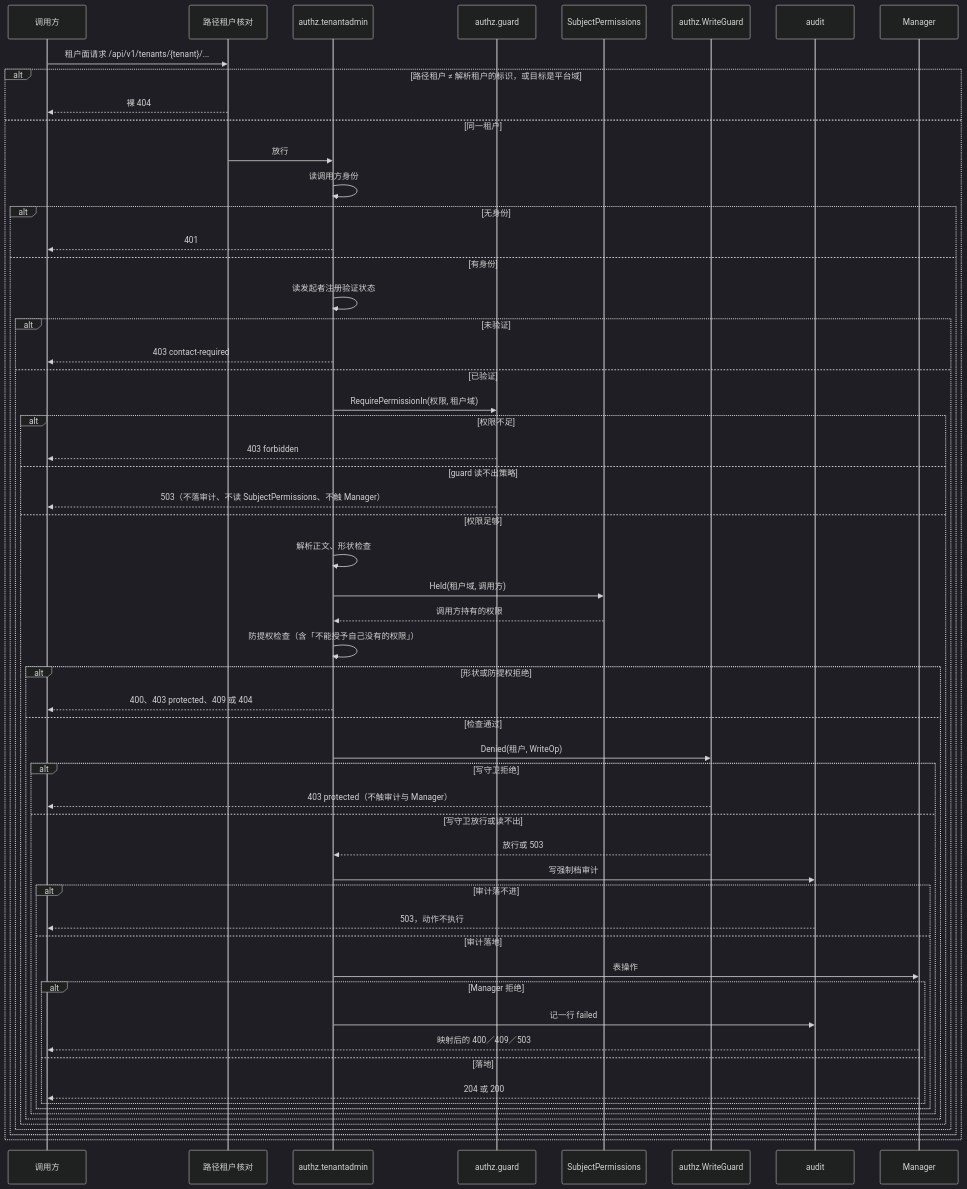
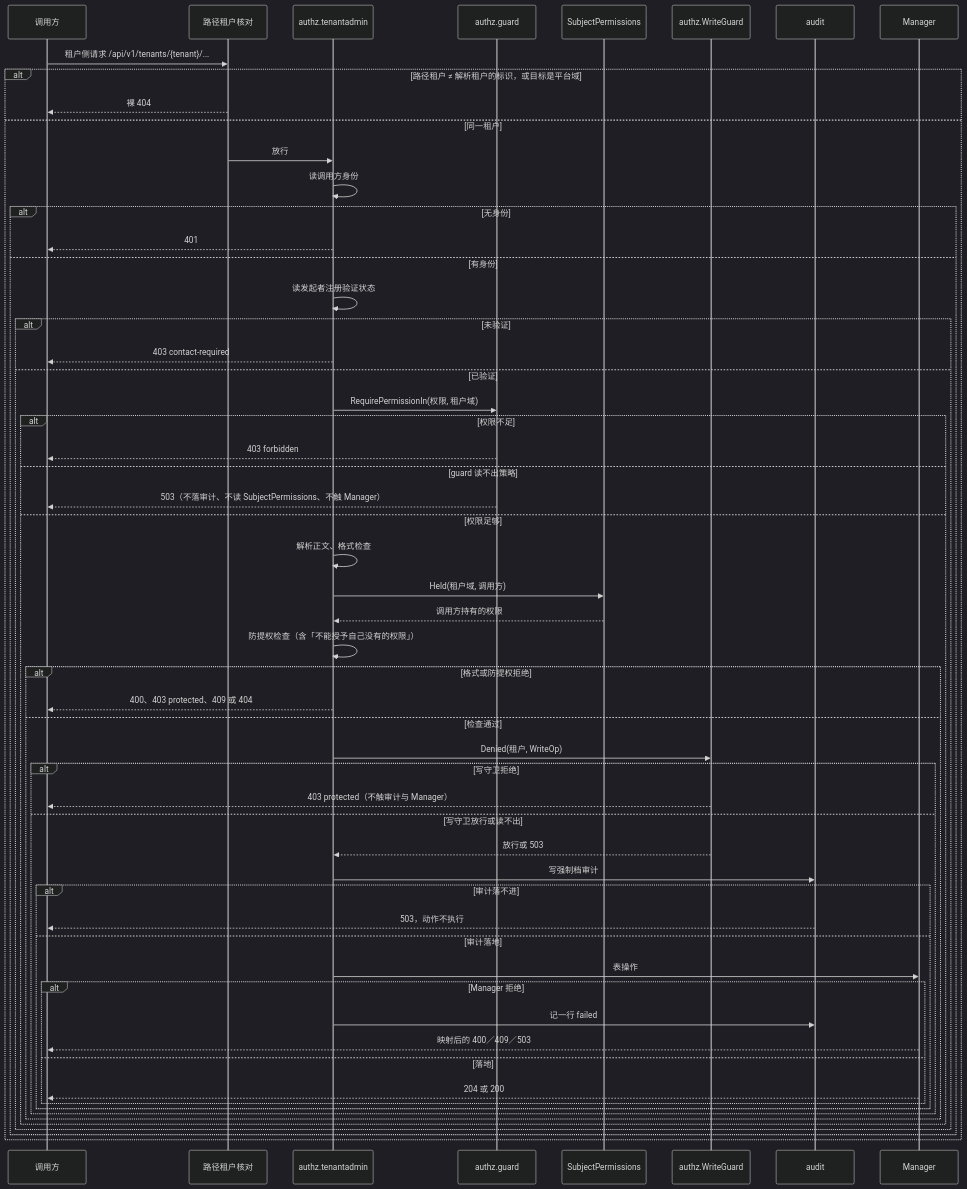
One commit to wangzw/speed changed the fourth of 4 diagrams in docs/design/modules/design-authz.md. Above: the diagram before and after it, drawn with Mermaid (dark theme). The commit also changed other lines of this file and 328 other files, not shown here.

````diff
--- a/docs/design/modules/design-authz.md
+++ b/docs/design/modules/design-authz.md
@@ -740,61 +740,61 @@
 ```mermaid
 sequenceDiagram
     participant C as 调用方
     participant M as 路径租户核对
     participant H as authz.tenantadmin
     participant G as authz.guard
     participant S as SubjectPermissions
     participant W as authz.WriteGuard
     participant A as audit
     participant P as Manager
 
-    C->>M: 租户面请求 /api/v1/tenants/{tenant}/...
+    C->>M: 租户侧请求 /api/v1/tenants/{tenant}/...
     alt 路径租户 ≠ 解析租户的标识，或目标是平台域
         M-->>C: 裸 404
     else 同一租户
         M->>H: 放行
         H->>H: 读调用方身份
         alt 无身份
             H-->>C: 401
         else 有身份
             H->>H: 读发起者注册验证状态
             alt 未验证
                 H-->>C: 403 contact-required
             else 已验证
                 H->>G: RequirePermissionIn(权限, 租户域)
                 alt 权限不足
                     G-->>C: 403 forbidden
                 else guard 读不出策略
                     G-->>C: 503（不落审计、不读 SubjectPermissions、不触 Manager）
                 else 权限足够
-                    H->>H: 解析正文、形状检查
+                    H->>H: 解析正文、格式检查
                     H->>S: Held(租户域, 调用方)
                     S-->>H: 调用方持有的权限
                     H->>H: 防提权检查（含「不能授予自己没有的权限」）
-                    alt 形状或防提权拒绝
+                    alt 格式或防提权拒绝
                         H-->>C: 400、403 protected、409 或 404
                     else 检查通过
                         H->>W: Denied(租户, WriteOp)
                         alt 写守卫拒绝
                             W-->>C: 403 protected（不触审计与 Manager）
                         else 写守卫放行或读不出
                             W-->>H: 放行或 503
                             H->>A: 写强制档审计
                             alt 审计落不进
                                 A-->>C: 503，动作不执行
                             else 审计落地
                                 H->>P: 表操作
                                 alt Manager 拒绝
                                     H->>A: 记一行 failed
                                     P-->>C: 映射后的 400／409／503
                                 else 落地
                                     P-->>C: 204 或 200
                                 end
                             end
                         end
                     end
                 end
             end
         end
     end
 ```
````
